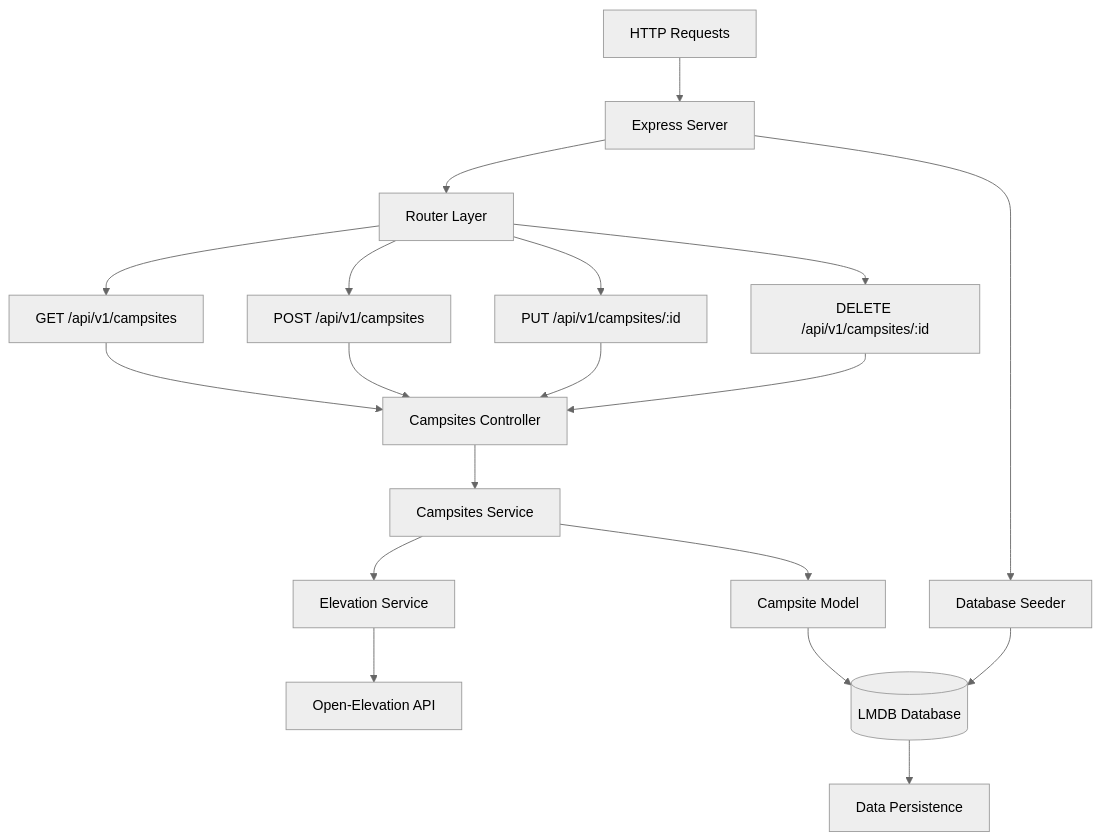
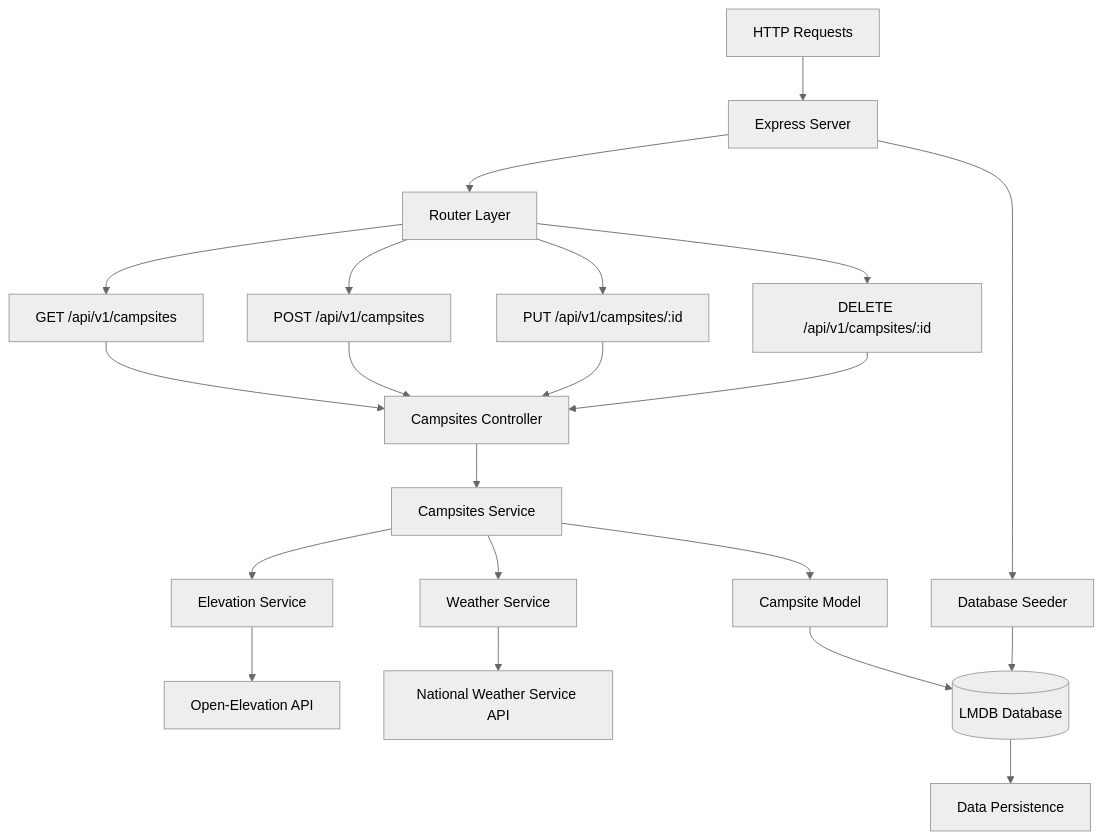
Before and after one commit to baileydunning/campsights: the second of 2 diagrams in README.md, drawn with Mermaid (neutral theme). The commit also changed other lines of this file and 17 other files, not shown here.

````diff
--- a/README.md
+++ b/README.md
@@ -78,26 +74,28 @@
 ```mermaid
 flowchart TD
     A[HTTP Requests] --> B[Express Server]
     B --> C[Router Layer]
     
     C --> D[GET /api/v1/campsites]
     C --> E[POST /api/v1/campsites]
     C --> F[PUT /api/v1/campsites/:id]
     C --> G[DELETE /api/v1/campsites/:id]
     
     D --> I[Campsites Controller]
     E --> I
     F --> I
     G --> I
     
     I --> K[Campsites Service]
     K --> L[Campsite Model]
     K --> M[Elevation Service]
+    K --> Q[Weather Service]
     M --> N[Open-Elevation API]
+    Q --> R[National Weather Service API]
     L --> O[(LMDB Database)]
     
     B --> P[Database Seeder]
     P --> O
     
-    O --> Q[Data Persistence]
+    O --> S[Data Persistence]
 ```
````
